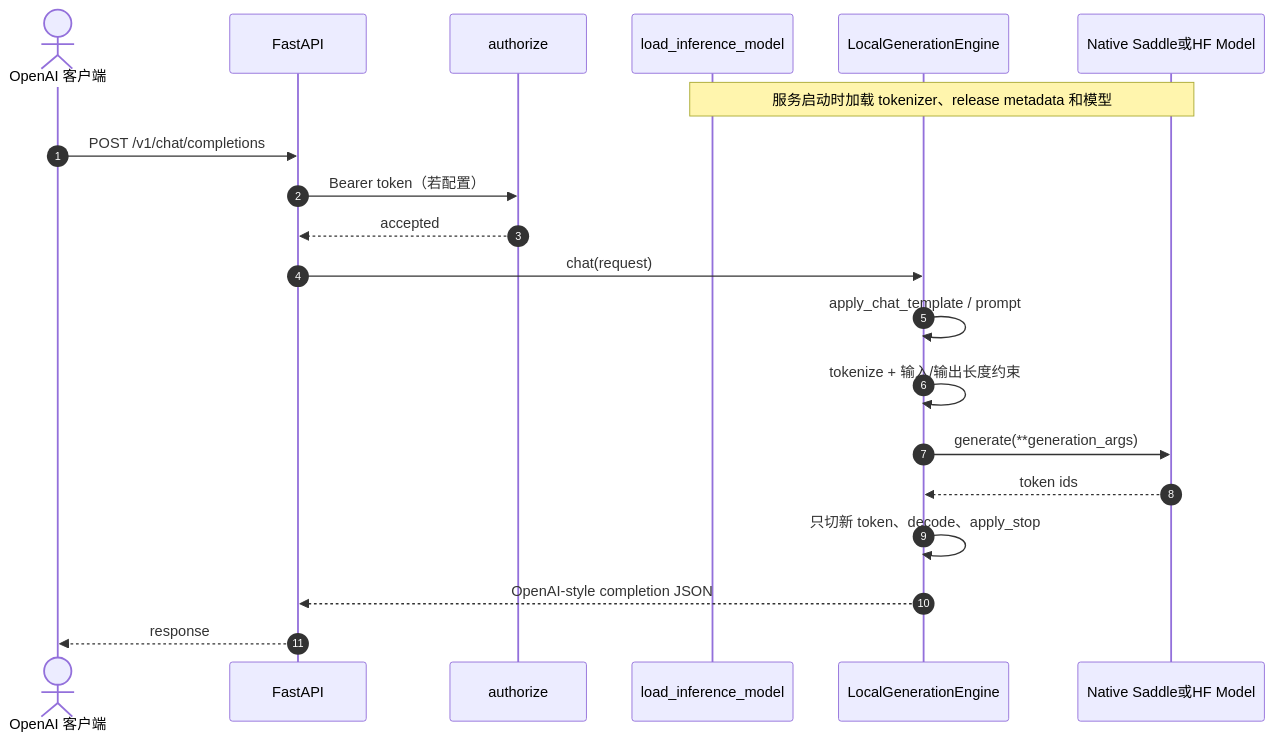
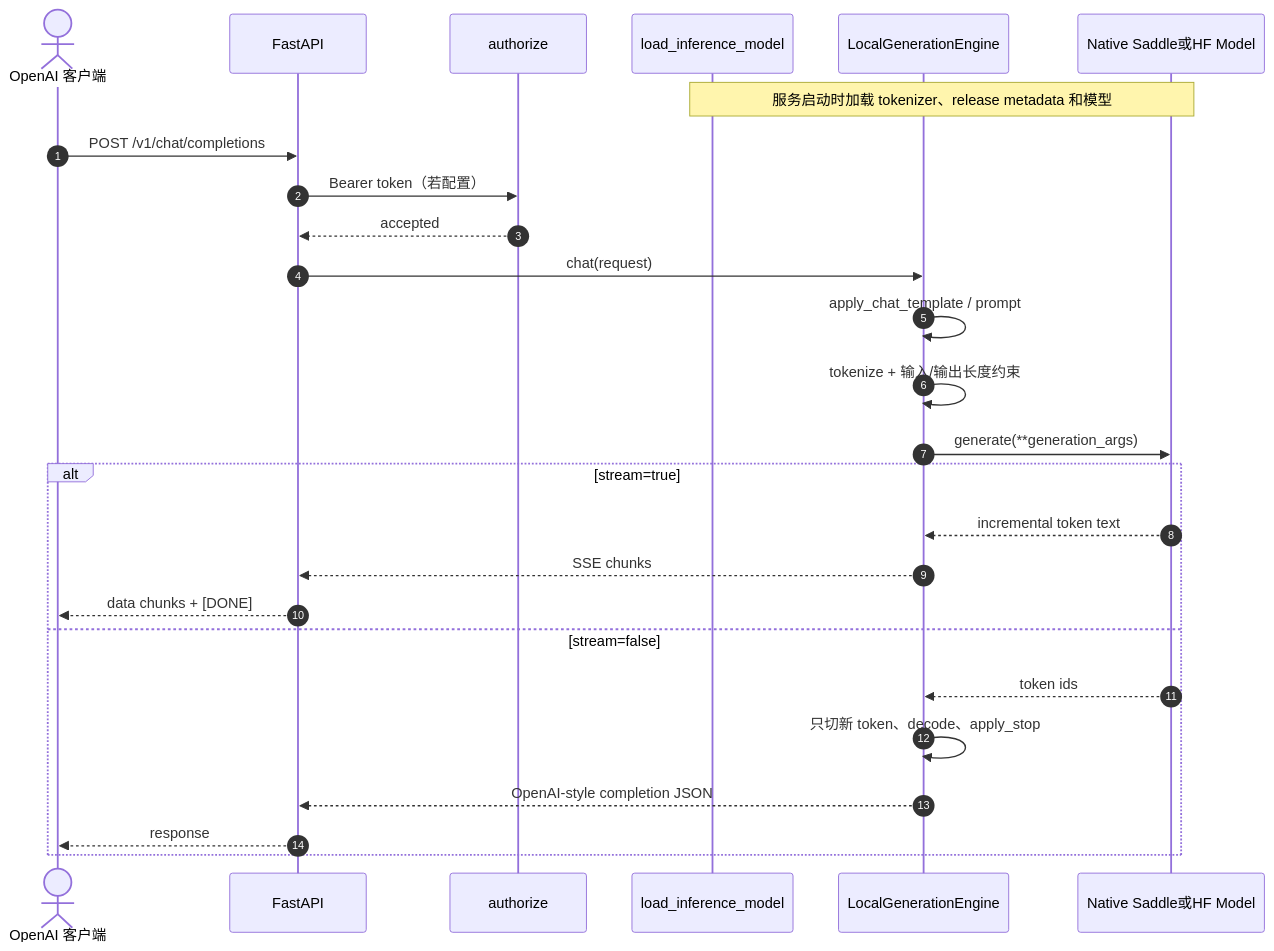
Before and after one commit to niqinggood/saddlellm: diagram 11 of 11 in docs/ARCHITECTURE.md, drawn with Mermaid. The commit also changed other lines of this file and 495 other files, not shown here.

````diff
--- a/docs/ARCHITECTURE.md
+++ b/docs/ARCHITECTURE.md
@@ -681,23 +694,29 @@
 ```mermaid
 sequenceDiagram
     autonumber
     actor C as OpenAI 客户端
     participant API as FastAPI
     participant Auth as authorize
     participant Loader as load_inference_model
     participant Engine as LocalGenerationEngine
     participant Model as Native Saddle或HF Model
 
     Note over Loader,Model: 服务启动时加载 tokenizer、release metadata 和模型
     C->>API: POST /v1/chat/completions
     API->>Auth: Bearer token（若配置）
     Auth-->>API: accepted
     API->>Engine: chat(request)
     Engine->>Engine: apply_chat_template / prompt
     Engine->>Engine: tokenize + 输入/输出长度约束
     Engine->>Model: generate(**generation_args)
-    Model-->>Engine: token ids
-    Engine->>Engine: 只切新 token、decode、apply_stop
-    Engine-->>API: OpenAI-style completion JSON
-    API-->>C: response
+    alt stream=true
+        Model-->>Engine: incremental token text
+        Engine-->>API: SSE chunks
+        API-->>C: data chunks + [DONE]
+    else stream=false
+        Model-->>Engine: token ids
+        Engine->>Engine: 只切新 token、decode、apply_stop
+        Engine-->>API: OpenAI-style completion JSON
+        API-->>C: response
+    end
 ```
````
